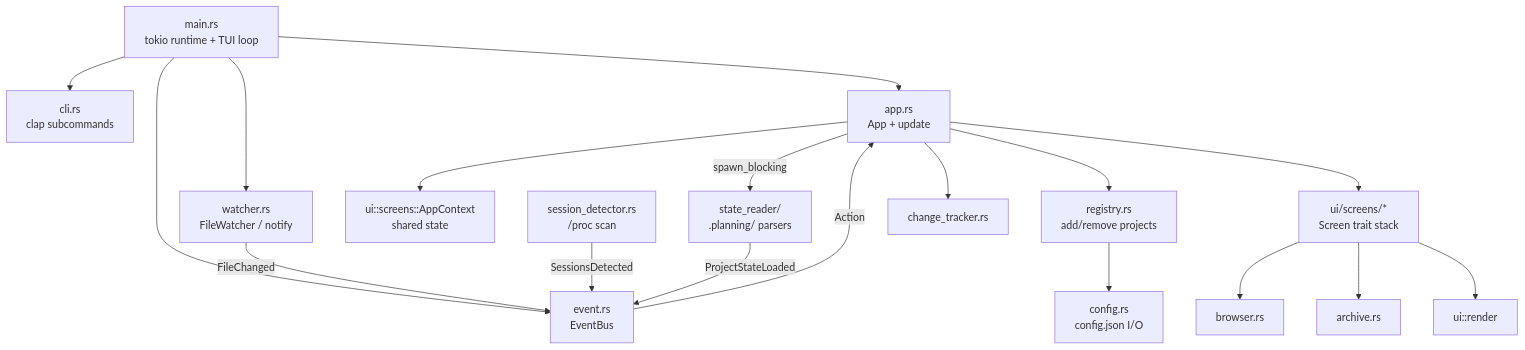
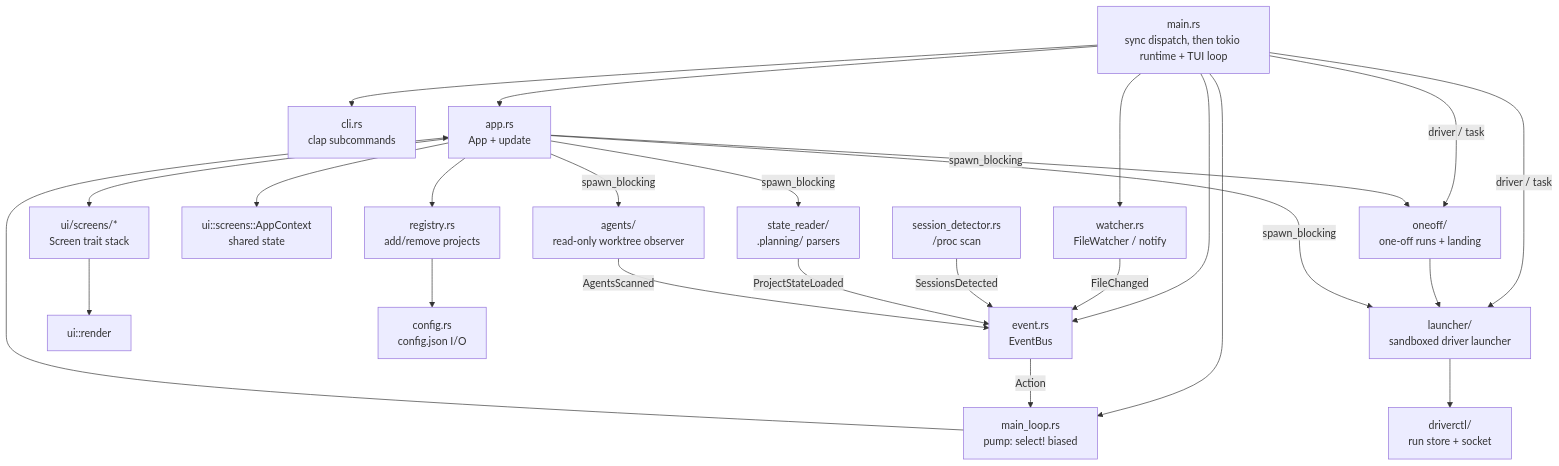
The diagram in docs/ARCHITECTURE.md (bitcreed/gsd-meta-manager), drawn with Mermaid before and after one commit. The commit also changed other lines of this file and 7 other files, not shown here.

````diff
--- a/docs/ARCHITECTURE.md
+++ b/docs/ARCHITECTURE.md
@@ -16,36 +23,45 @@
 ```mermaid
 graph TD
-    main[main.rs<br/>tokio runtime + TUI loop]
+    main[main.rs<br/>sync dispatch, then tokio runtime + TUI loop]
     cli[cli.rs<br/>clap subcommands]
     eventbus[event.rs<br/>EventBus]
+    mloop[main_loop.rs<br/>pump: select! biased]
     watcher[watcher.rs<br/>FileWatcher / notify]
     sessions[session_detector.rs<br/>/proc scan]
     app[app.rs<br/>App + update]
     ctx[ui::screens::AppContext<br/>shared state]
     screens[ui/screens/*<br/>Screen trait stack]
     ui[ui::render]
     state[state_reader/<br/>.planning/ parsers]
+    agents[agents/<br/>read-only worktree observer]
     registry[registry.rs<br/>add/remove projects]
     config[config.rs<br/>config.json I/O]
-    archive[archive.rs]
-    browser[browser.rs]
-    tracker[change_tracker.rs]
+    launcher[launcher/<br/>sandboxed driver launcher]
+    oneoff[oneoff/<br/>one-off runs + landing]
+    driverctl[driverctl/<br/>run store + socket]
 
     main --> cli
     main --> app
     main --> eventbus
+    main --> mloop
     main --> watcher
-    eventbus -->|Action| app
+    eventbus -->|Action| mloop
+    mloop --> app
     watcher -->|FileChanged| eventbus
     sessions -->|SessionsDetected| eventbus
     app --> ctx
     app --> screens
     screens --> ui
     app -->|spawn_blocking| state
+    app -->|spawn_blocking| agents
     state -->|ProjectStateLoaded| eventbus
+    agents -->|AgentsScanned| eventbus
     app --> registry
     registry --> config
-    app --> tracker
-    screens --> archive
-    screens --> browser
+    main -->|driver / task| launcher
+    main -->|driver / task| oneoff
+    oneoff --> launcher
+    launcher --> driverctl
+    app -->|spawn_blocking| oneoff
+    app -->|spawn_blocking| launcher
 ```
````
